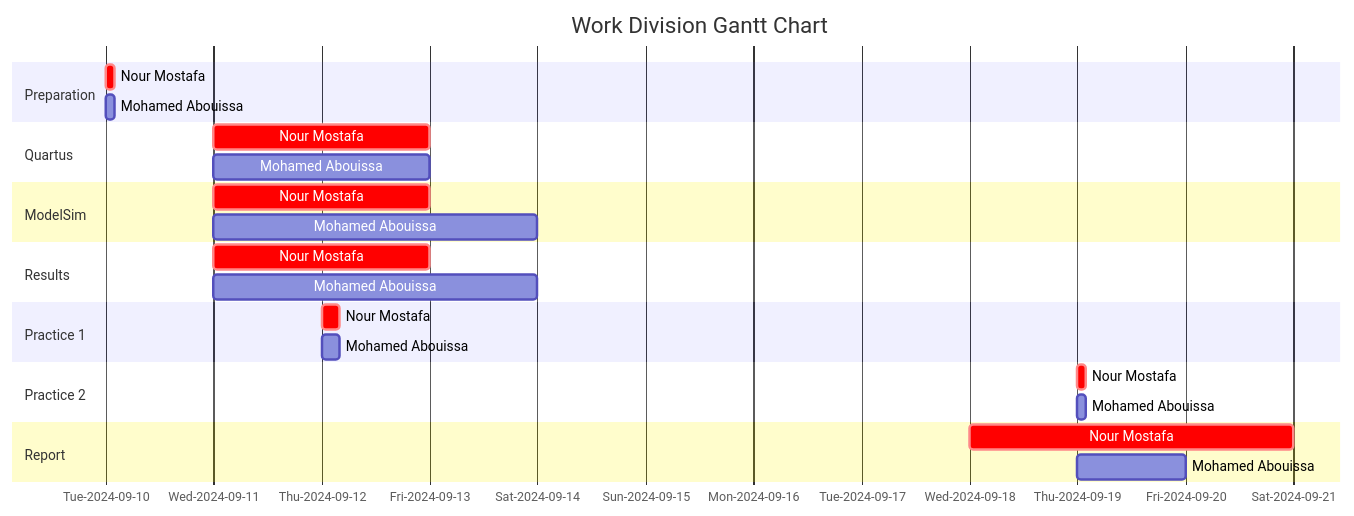
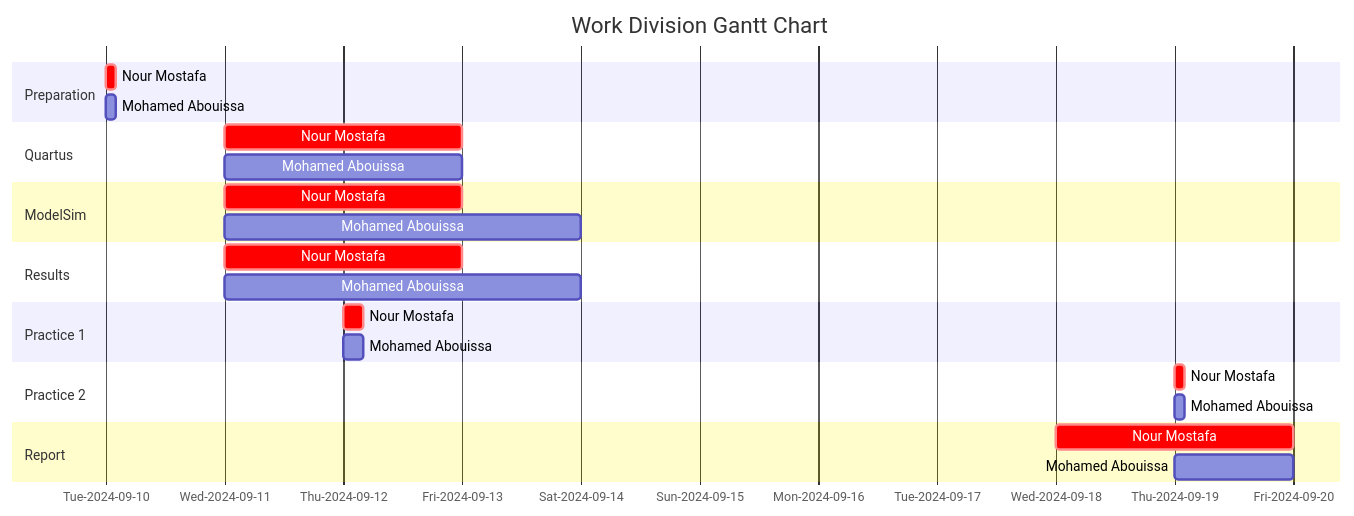
One commit to MONO-1223/AURAK-CENG336-ComputerArchitectureLab changed the diagram in Lab 01 - Switches, Lights, and Multiplexers/README.md. Above: the diagram before and after it, drawn with Mermaid.

````diff
--- a/Lab 01 - Switches, Lights, and Multiplexers/README.md
+++ b/Lab 01 - Switches, Lights, and Multiplexers/README.md
@@ -687,28 +687,28 @@
 ```mermaid
 gantt
     title Work Division Gantt Chart
     tickInterval 1day
     todayMarker off
     axisFormat %a-%Y-%m-%d
     section Preparation         
-        Nour Mostafa : crit, 2024-09-10, 2h
-        Mohamed Abouissa : 2024-09-10, 2h
+        Nour Mostafa : crit, 2024-09-10, 02h
+        Mohamed Abouissa : 2024-09-10, 02h
     section Quartus         
-        Nour Mostafa : crit, href "mailto:nour.mohamed@aurak.ac.ae", 2024-09-11, 2d
-        Mohamed Abouissa : href "mailto:mohamed.abouissa@aurak.ac.ae", 2024-09-11, 2d
+        Nour Mostafa : crit, 2024-09-11, 2d
+        Mohamed Abouissa : 2024-09-11, 2d
     section ModelSim       
         Nour Mostafa : crit,2024-09-11, 2d
         Mohamed Abouissa : 2024-09-11, 3d
     section Results       
         Nour Mostafa : crit,2024-09-11, 2d
         Mohamed Abouissa : 2024-09-11, 3d
     section Practice 1         
-        Nour Mostafa : crit,2024-09-12, 4h
-        Mohamed Abouissa : 2024-09-12, 4h
+        Nour Mostafa : crit,2024-09-12, 04h
+        Mohamed Abouissa : 2024-09-12, 04h
     section Practice 2         
-        Nour Mostafa : crit, 2024-09-19, 2h
-        Mohamed Abouissa : 2024-09-19, 2h
+        Nour Mostafa : crit, 2024-09-19, 02h
+        Mohamed Abouissa : 2024-09-19, 02h
     section Report
-        Nour Mostafa : crit,2024-09-18, 3d
+        Nour Mostafa : crit,2024-09-18, 2d
         Mohamed Abouissa : 2024-09-19, 1d
 ```
````
